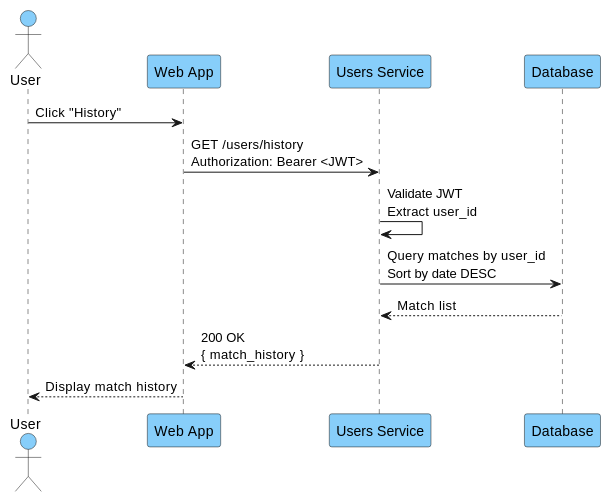
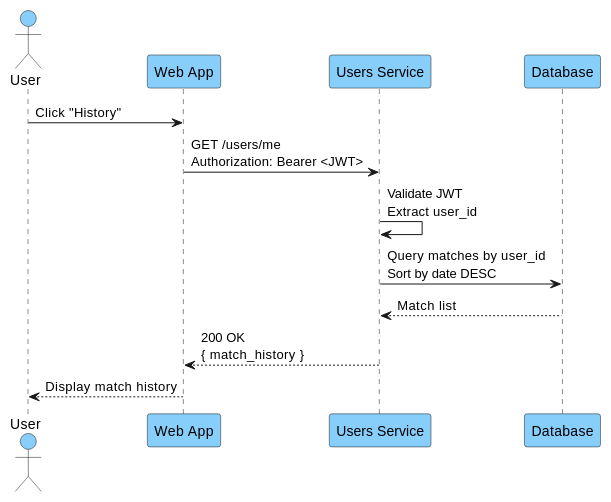
One commit to Arquisoft/yovi_es3b changed the third of 3 diagrams in docs/src/06_runtime_view.adoc. Above: the diagram before and after it, drawn with PlantUML. The commit also changed other lines of this file and 2 other files, not shown here.

Commit message:
Fixed old diagrams

```diff
--- a/docs/src/06_runtime_view.adoc
+++ b/docs/src/06_runtime_view.adoc
@@ -103,21 +90,21 @@
 [plantuml,"Match history sequence (Web App → Users Module)",png]
 ----
 actor User #87CEFA
 participant "Web App" as Web #87CEFA
 participant "Users Service" as Users #87CEFA
 participant "Database" as DB #87CEFA
 
 User -> Web: Click "History"
 
-Web -> Users: GET /users/history\nAuthorization: Bearer <JWT>
+Web -> Users: GET /users/me\nAuthorization: Bearer <JWT>
 
 Users -> Users: Validate JWT\nExtract user_id
 
 Users -> DB: Query matches by user_id\nSort by date DESC
 
 DB --> Users: Match list
 
 Users --> Web: 200 OK\n{ match_history }
 
 Web --> User: Display match history
 ----
```
